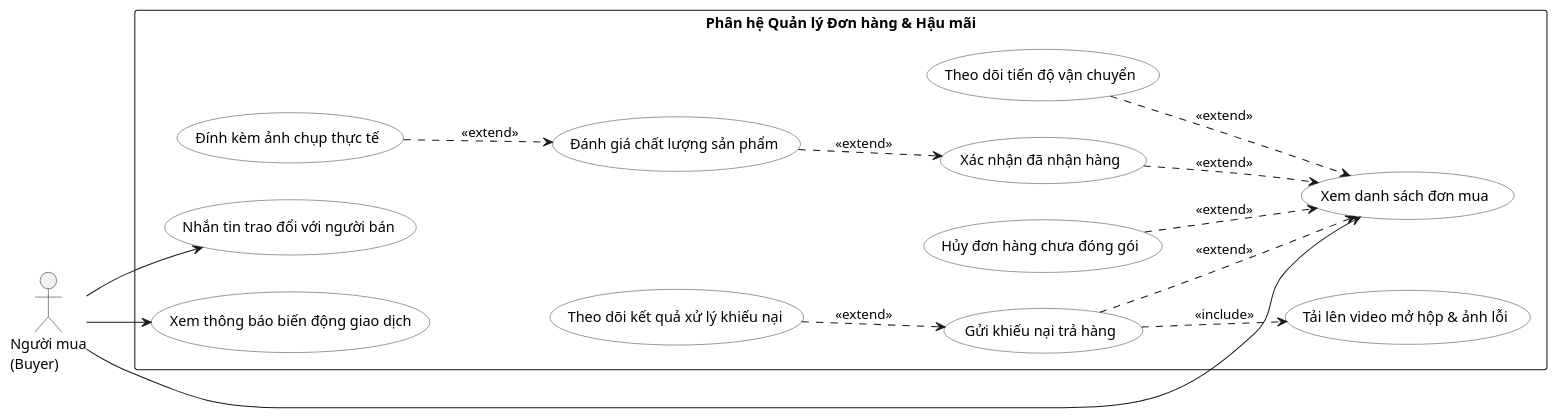
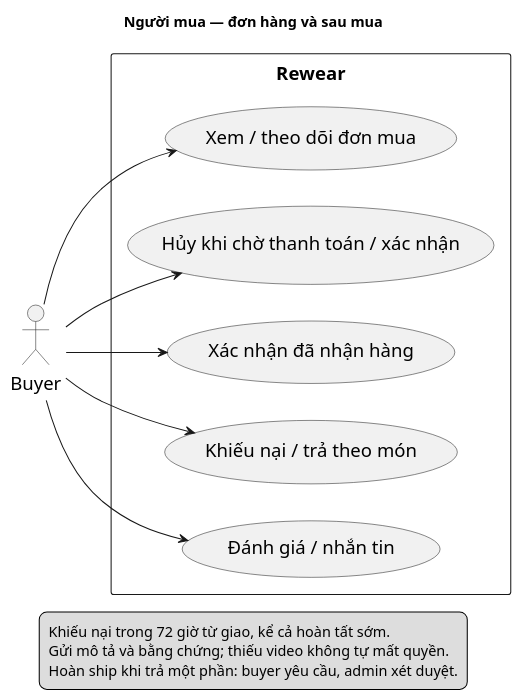
Before and after one commit to buihaiduongdev/rewear-be: the diagram in docs/diagrams/usecases/buyer_orders_aftersales.puml, drawn with PlantUML. The commit also changed 34 other files, not shown here.

Commit message:
docs: align business specifications and report diagrams

```diff
--- a/docs/diagrams/usecases/buyer_orders_aftersales.puml
+++ b/docs/diagrams/usecases/buyer_orders_aftersales.puml
@@ -1,44 +1,26 @@
 @startuml
 left to right direction
 skinparam shadowing false
-skinparam defaultFontName Arial
-
-skinparam usecase {
-  BackgroundColor #FFFFFF
-  BorderColor #2C3E50
+skinparam defaultFontName SansSerif
+skinparam defaultFontSize 18
+skinparam Padding 4
+title Người mua — đơn hàng và sau mua
+actor "Buyer" as A
+rectangle "Rewear" {
+usecase "Xem / theo dõi đơn mua" as U0
+usecase "Hủy khi chờ thanh toán / xác nhận" as U1
+usecase "Xác nhận đã nhận hàng" as U2
+usecase "Khiếu nại / trả theo món" as U3
+usecase "Đánh giá / nhắn tin" as U4
 }
-
-actor "Người mua\n(Buyer)" as NguoiMua
-
-rectangle "Phân hệ Quản lý Đơn hàng & Hậu mãi" {
-  usecase "Xem danh sách đơn mua" as XemDonMua
-  usecase "Hủy đơn hàng chưa đóng gói" as HuyDon
-  usecase "Theo dõi tiến độ vận chuyển" as TheoDoiVanChuyen
-  usecase "Xác nhận đã nhận hàng" as NhanHang
-  
-  usecase "Gửi khiếu nại trả hàng" as GuiKhieuNai
-  usecase "Tải lên video mở hộp & ảnh lỗi" as TaiVideoAnh
-  usecase "Theo dõi kết quả xử lý khiếu nại" as TheoDoiKhieuNai
-  
-  usecase "Đánh giá chất lượng sản phẩm" as DanhGia
-  usecase "Đính kèm ảnh chụp thực tế" as AnhThucTe
-  
-  usecase "Nhắn tin trao đổi với người bán" as NhanTin
-  usecase "Xem thông báo biến động giao dịch" as XemThongBao
-}
-
-NguoiMua --> XemDonMua
-NguoiMua --> NhanTin
-NguoiMua --> XemThongBao
-
-HuyDon ..> XemDonMua : <<extend>>
-TheoDoiVanChuyen ..> XemDonMua : <<extend>>
-NhanHang ..> XemDonMua : <<extend>>
-
-GuiKhieuNai ..> XemDonMua : <<extend>>
-GuiKhieuNai ..> TaiVideoAnh : <<include>>
-TheoDoiKhieuNai ..> GuiKhieuNai : <<extend>>
-
-DanhGia ..> NhanHang : <<extend>>
-AnhThucTe ..> DanhGia : <<extend>>
+A --> U0
+A --> U1
+A --> U2
+A --> U3
+A --> U4
+legend bottom
+Khiếu nại trong 72 giờ từ giao, kể cả hoàn tất sớm.
+Gửi mô tả và bằng chứng; thiếu video không tự mất quyền.
+Hoàn ship khi trả một phần: buyer yêu cầu, admin xét duyệt.
+endlegend
 @enduml
```
